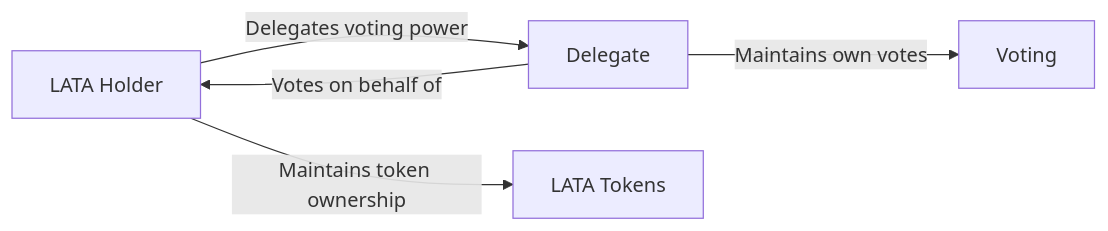
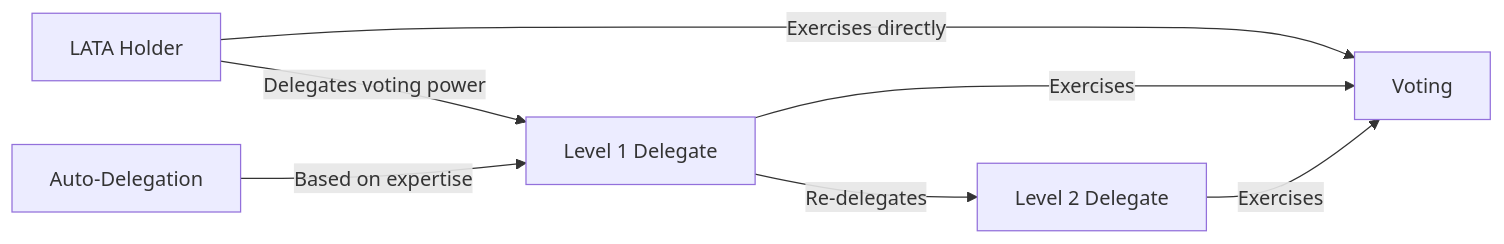
Before and after one commit to eth-ecuador/eth-ecuador-dao: the fourth of 5 diagrams in YellowPaper_en.md, drawn with Mermaid. The commit also changed other lines of this file, not shown here.

````diff
--- a/YellowPaper_en.md
+++ b/YellowPaper_en.md
@@ -223,7 +266,9 @@
 ```mermaid
 graph LR
-    A[LATA Holder] -->|Delegates voting power| B[Delegate]
-    B -->|Votes on behalf of| A
-    B -->|Maintains own votes| C[Voting]
-    A -->|Maintains token ownership| D[LATA Tokens]
+    A[LATA Holder] -->|Delegates voting power| B[Level 1 Delegate]
+    A -->|Exercises directly| D[Voting]
+    B -->|Re-delegates| C[Level 2 Delegate]
+    B -->|Exercises| D
+    C -->|Exercises| D
+    E[Auto-Delegation] -->|Based on expertise| B
 ```
````
